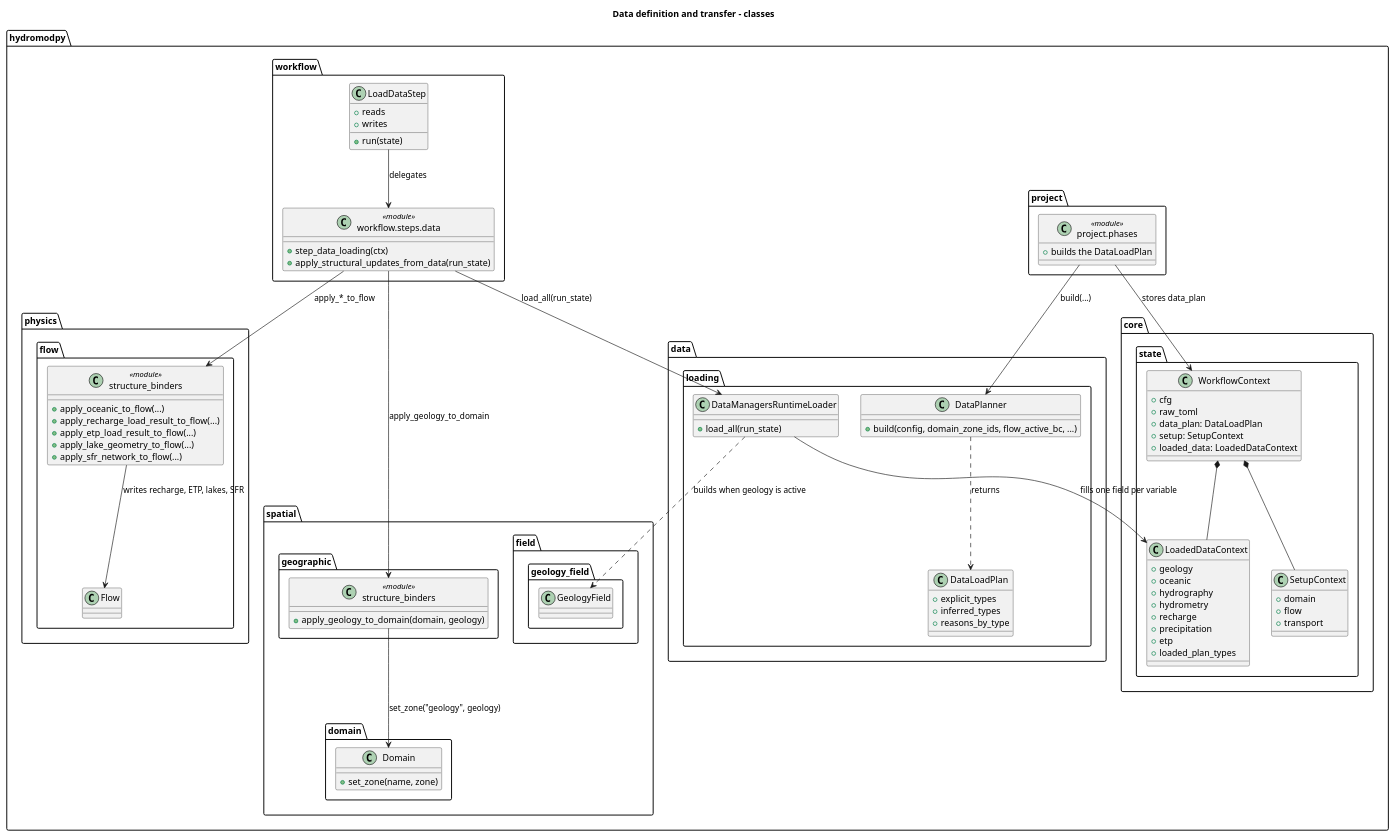
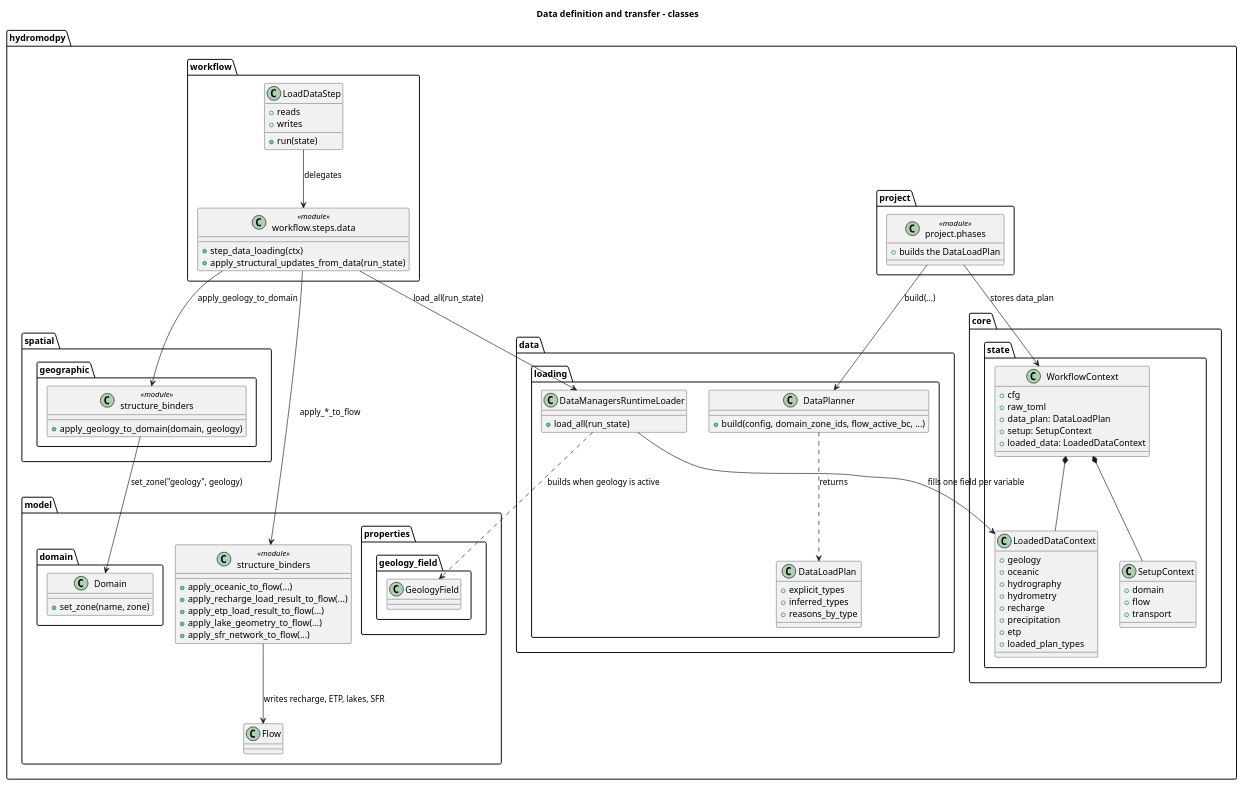
One commit to HydroModPy/HydroModPy changed the diagram in docs/source/contribute/architecture/data_loading/diagrams/data_definition_transfer_class.wsd. Above: the diagram before and after it, drawn with PlantUML. The commit also changed 795 other files, not shown here.

Commit message:
refactor(model): create model, dissolve physics and simulation

```diff
--- a/docs/source/contribute/architecture/data_loading/diagrams/data_definition_transfer_class.wsd
+++ b/docs/source/contribute/architecture/data_loading/diagrams/data_definition_transfer_class.wsd
@@ -1,107 +1,107 @@
 @startuml
 title Data definition and transfer - classes
 
 package "hydromodpy.project" {
   class "project.phases" as ProjectPhases <<module>> {
     +builds the DataLoadPlan
   }
 }
 
 package "hydromodpy.workflow" {
   class LoadDataStep {
     +reads
     +writes
     +run(state)
   }
   class "workflow.steps.data" as DataStepModule <<module>> {
     +step_data_loading(ctx)
     +apply_structural_updates_from_data(run_state)
   }
 }
 
 package "hydromodpy.core.state" {
   class WorkflowContext {
     +cfg
     +raw_toml
     +data_plan: DataLoadPlan
     +setup: SetupContext
     +loaded_data: LoadedDataContext
   }
 
   class SetupContext {
     +domain
     +flow
     +transport
   }
 
   class LoadedDataContext {
     +geology
     +oceanic
     +hydrography
     +hydrometry
     +recharge
     +precipitation
     +etp
     +loaded_plan_types
   }
 }
 
 package "hydromodpy.data.loading" {
   class DataPlanner {
     +build(config, domain_zone_ids, flow_active_bc, ...)
   }
 
   class DataLoadPlan {
     +explicit_types
     +inferred_types
     +reasons_by_type
   }
 
   class DataManagersRuntimeLoader {
     +load_all(run_state)
   }
 }
 
-package "hydromodpy.spatial.field.geology_field" {
+package "hydromodpy.model.properties.geology_field" {
   class GeologyField
 }
 
-package "hydromodpy.spatial.domain" {
+package "hydromodpy.model.domain" {
   class Domain {
     +set_zone(name, zone)
   }
 }
 
-package "hydromodpy.physics.flow" {
+package "hydromodpy.model" {
   class Flow
   class "structure_binders" as FlowBinders <<module>> {
     +apply_oceanic_to_flow(...)
     +apply_recharge_load_result_to_flow(...)
     +apply_etp_load_result_to_flow(...)
     +apply_lake_geometry_to_flow(...)
     +apply_sfr_network_to_flow(...)
   }
 }
 
 package "hydromodpy.spatial.geographic" {
   class "structure_binders" as DomainBinders <<module>> {
     +apply_geology_to_domain(domain, geology)
   }
 }
 
 ProjectPhases --> DataPlanner : build(...)
 DataPlanner ..> DataLoadPlan : returns
 ProjectPhases --> WorkflowContext : stores data_plan
 LoadDataStep --> DataStepModule : delegates
 DataStepModule --> DataManagersRuntimeLoader : load_all(run_state)
 DataManagersRuntimeLoader --> LoadedDataContext : fills one field per variable
 DataManagersRuntimeLoader ..> GeologyField : builds when geology is active
 
 WorkflowContext *-- SetupContext
 WorkflowContext *-- LoadedDataContext
 
 DataStepModule --> DomainBinders : apply_geology_to_domain
 DomainBinders --> Domain : set_zone("geology", geology)
 DataStepModule --> FlowBinders : apply_*_to_flow
 FlowBinders --> Flow : writes recharge, ETP, lakes, SFR
 @enduml
```
